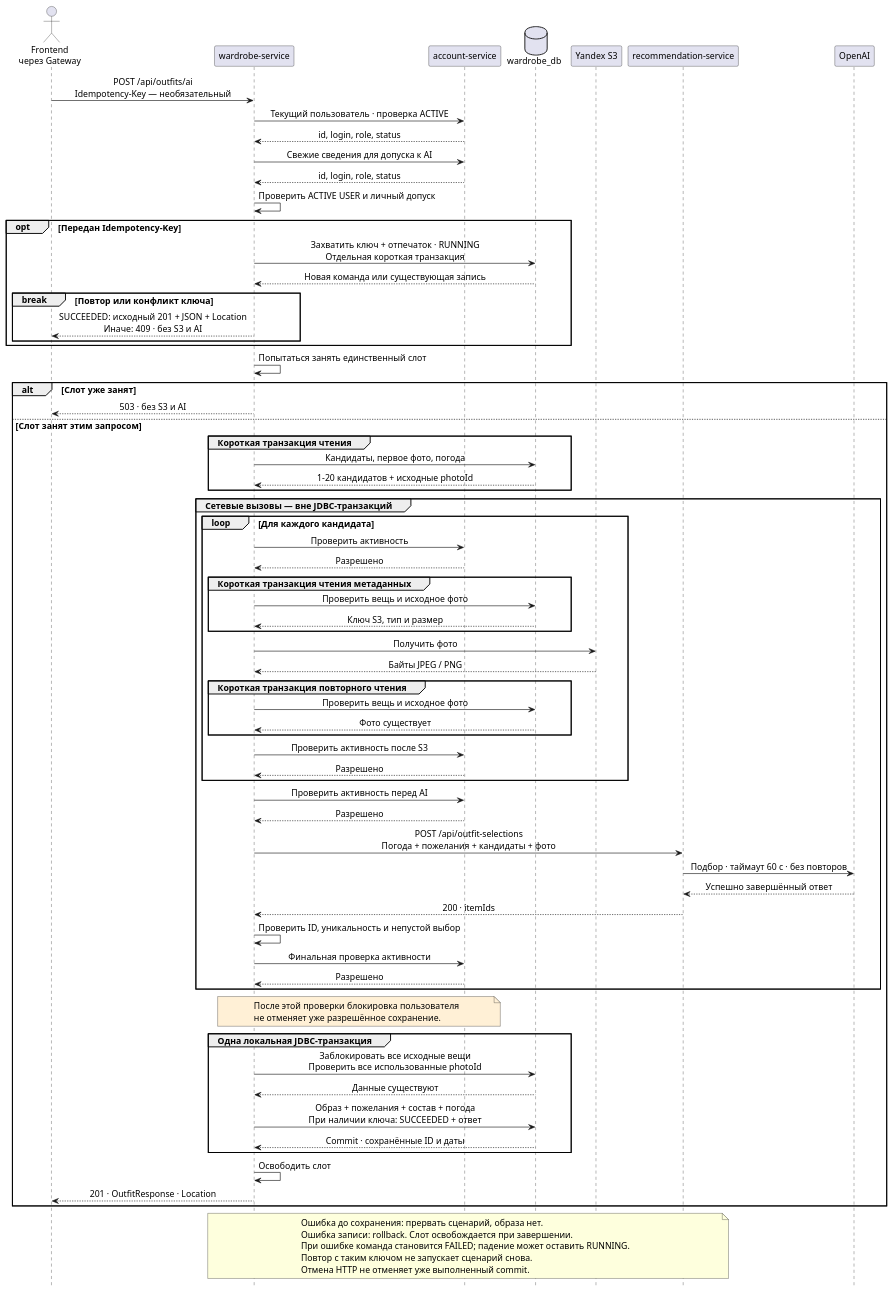
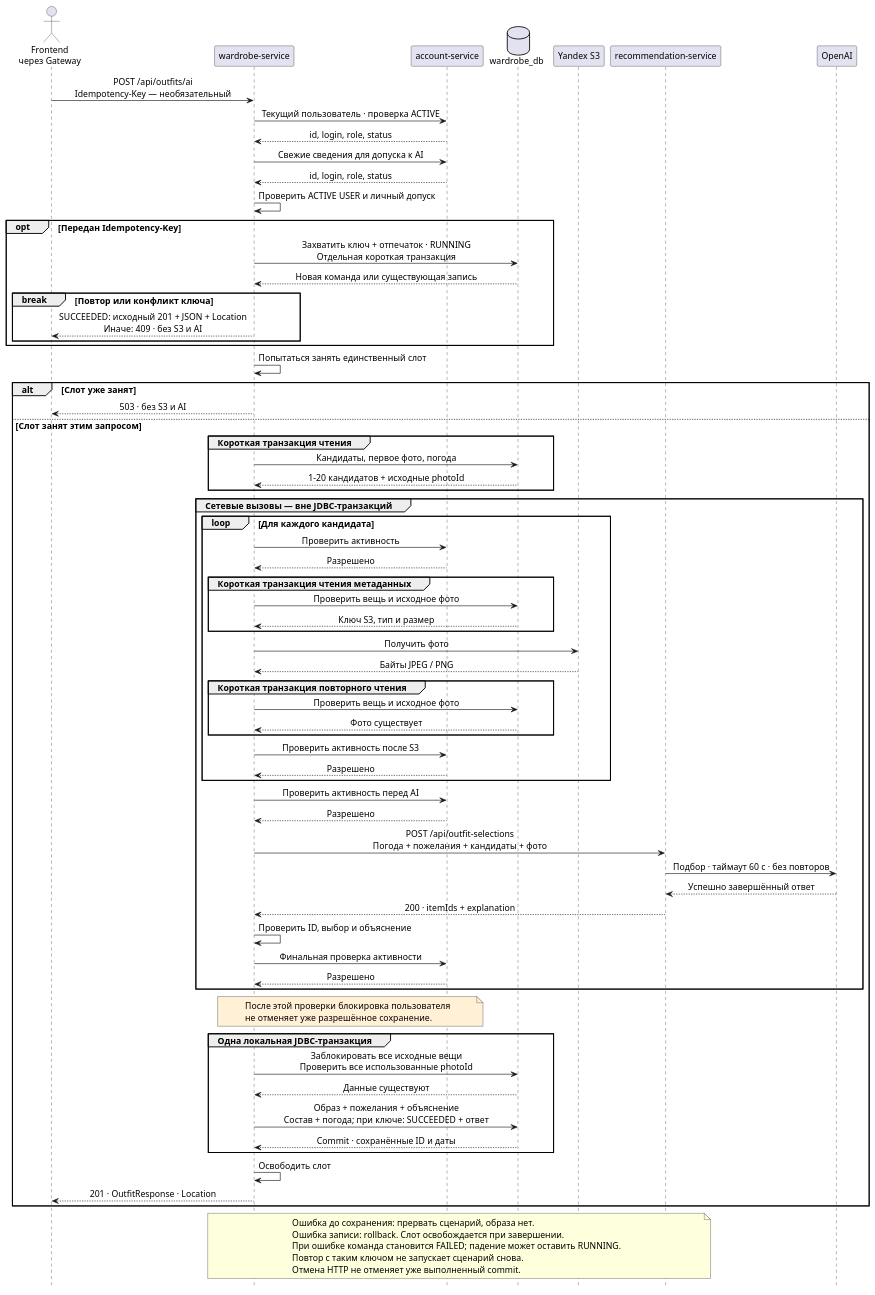
One commit to SimeonGor/clothes-advisor changed the diagram in docs/lab2/diagrams/ai-selection.puml. Above: the diagram before and after it, drawn with PlantUML. The commit also changed 6 other files, not shown here.

```diff
--- a/docs/lab2/diagrams/ai-selection.puml
+++ b/docs/lab2/diagrams/ai-selection.puml
@@ -1,92 +1,92 @@
 @startuml ai-selection
 skinparam backgroundColor #FFFFFF
 skinparam defaultFontName SansSerif
 skinparam defaultFontSize 14
 skinparam shadowing false
 skinparam sequenceMessageAlign center
 skinparam responseMessageBelowArrow true
 hide footbox
 
 actor "Frontend\nчерез Gateway" as client
 participant "wardrobe-service" as wardrobe
 participant "account-service" as account
 database "wardrobe_db" as db
 participant "Yandex S3" as s3
 participant "recommendation-service" as recommendation
 participant "OpenAI" as ai
 
 client -> wardrobe : POST /api/outfits/ai\nIdempotency-Key — необязательный
 wardrobe -> account : Текущий пользователь · проверка ACTIVE
 account --> wardrobe : id, login, role, status
 wardrobe -> account : Свежие сведения для допуска к AI
 account --> wardrobe : id, login, role, status
 wardrobe -> wardrobe : Проверить ACTIVE USER и личный допуск
 
 opt Передан Idempotency-Key
   wardrobe -> db : Захватить ключ + отпечаток · RUNNING\nОтдельная короткая транзакция
   db --> wardrobe : Новая команда или существующая запись
   break Повтор или конфликт ключа
     wardrobe --> client : SUCCEEDED: исходный 201 + JSON + Location\nИначе: 409 · без S3 и AI
   end
 end
 wardrobe -> wardrobe : Попытаться занять единственный слот
 
 alt Слот уже занят
   wardrobe --> client : 503 · без S3 и AI
 else Слот занят этим запросом
   group Короткая транзакция чтения
     wardrobe -> db : Кандидаты, первое фото, погода
     db --> wardrobe : 1–20 кандидатов + исходные photoId
   end
 
   group Сетевые вызовы — вне JDBC-транзакций
     loop Для каждого кандидата
       wardrobe -> account : Проверить активность
       account --> wardrobe : Разрешено
       group Короткая транзакция чтения метаданных
         wardrobe -> db : Проверить вещь и исходное фото
         db --> wardrobe : Ключ S3, тип и размер
       end
       wardrobe -> s3 : Получить фото
       s3 --> wardrobe : Байты JPEG / PNG
       group Короткая транзакция повторного чтения
         wardrobe -> db : Проверить вещь и исходное фото
         db --> wardrobe : Фото существует
       end
       wardrobe -> account : Проверить активность после S3
       account --> wardrobe : Разрешено
     end
     wardrobe -> account : Проверить активность перед AI
     account --> wardrobe : Разрешено
     wardrobe -> recommendation : POST /api/outfit-selections\nПогода + пожелания + кандидаты + фото
     recommendation -> ai : Подбор · таймаут 60 с · без повторов
     ai --> recommendation : Успешно завершённый ответ
-    recommendation --> wardrobe : 200 · itemIds
-    wardrobe -> wardrobe : Проверить ID, уникальность и непустой выбор
+    recommendation --> wardrobe : 200 · itemIds + explanation
+    wardrobe -> wardrobe : Проверить ID, выбор и объяснение
     wardrobe -> account : Финальная проверка активности
     account --> wardrobe : Разрешено
   end
 
   note over wardrobe, account #FFF0D6
     После этой проверки блокировка пользователя
     не отменяет уже разрешённое сохранение.
   end note
 
   group Одна локальная JDBC-транзакция
     wardrobe -> db : Заблокировать все исходные вещи\nПроверить все использованные photoId
     db --> wardrobe : Данные существуют
-    wardrobe -> db : Образ + пожелания + состав + погода\nПри наличии ключа: SUCCEEDED + ответ
+    wardrobe -> db : Образ + пожелания + объяснение\nСостав + погода; при ключе: SUCCEEDED + ответ
     db --> wardrobe : Commit · сохранённые ID и даты
   end
   wardrobe -> wardrobe : Освободить слот
   wardrobe --> client : 201 · OutfitResponse · Location
 end
 
 note over wardrobe, recommendation
   Ошибка до сохранения: прервать сценарий, образа нет.
   Ошибка записи: rollback. Слот освобождается при завершении.
   При ошибке команда становится FAILED; падение может оставить RUNNING.
   Повтор с таким ключом не запускает сценарий снова.
   Отмена HTTP не отменяет уже выполненный commit.
 end note
 @enduml
```
